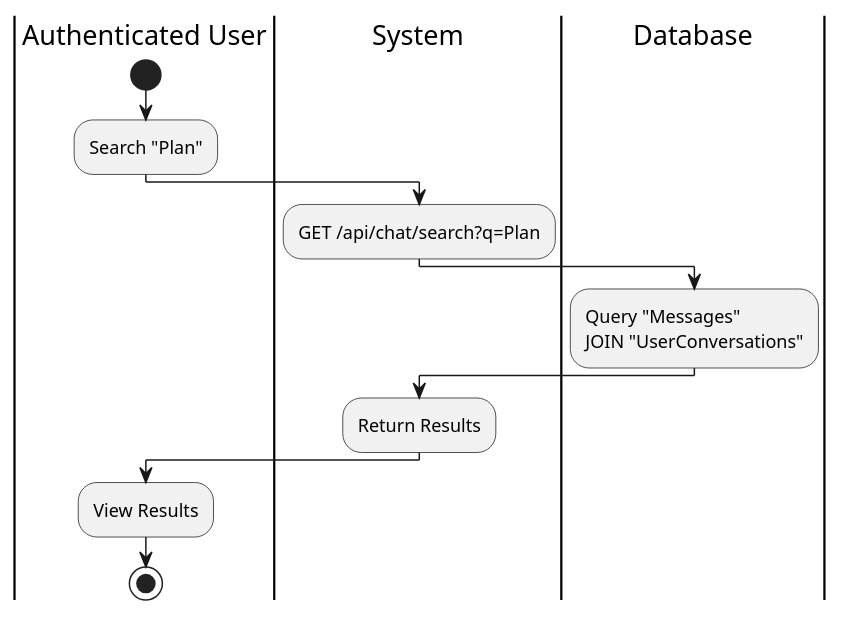
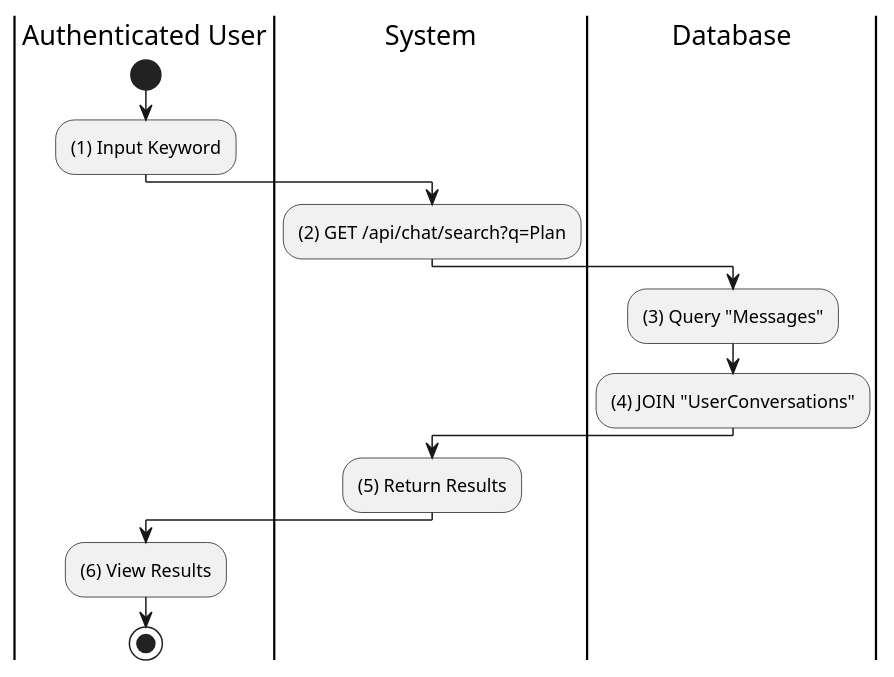
One commit to I-Love-U-3000/Favi-BE changed diagram 11 of 16 in UC_2.1.7_Chat.md. Above: the diagram before and after it, drawn with PlantUML. The commit also changed other lines of this file and 36 other files, not shown here.

````diff
--- a/UC_2.1.7_Chat.md
+++ b/UC_2.1.7_Chat.md
@@ -470,17 +485,17 @@
 ```plantuml
 @startuml
 |Authenticated User|
 start
-:Search "Plan";
+:(1) Input Keyword;
 |System|
-:GET /api/chat/search?q=Plan;
+:(2) GET /api/chat/search?q=Plan;
 |Database|
-:Query "Messages" 
-JOIN "UserConversations";
+:(3) Query "Messages";
+:(4) JOIN "UserConversations";
 |System|
-:Return Results;
+:(5) Return Results;
 |Authenticated User|
-:View Results;
+:(6) View Results;
 stop
 @enduml
 ```
````
